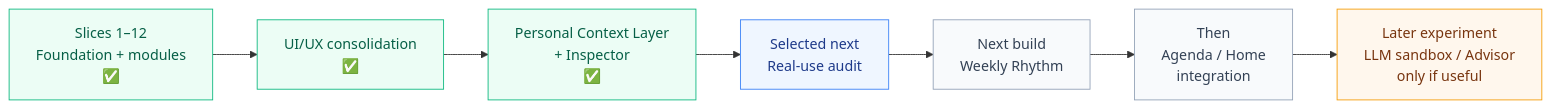
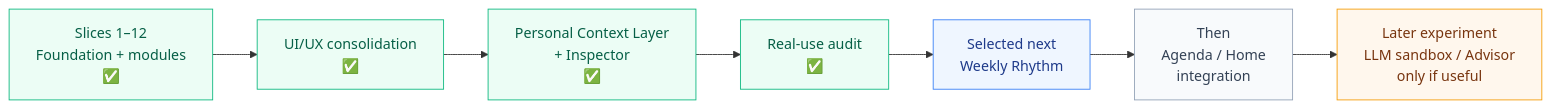
One commit to teravyte18/personal-control-center changed the diagram in docs/roadmap.md. Above: the diagram before and after it, drawn with Mermaid. The commit also changed other lines of this file, not shown here.

Commit message:
Record usage audit and select Weekly Rhythm

````diff
--- a/docs/roadmap.md
+++ b/docs/roadmap.md
@@ -13,21 +15,21 @@
 ```mermaid
 graph LR
     S1["Slices 1–12<br/>Foundation + modules<br/>✅"]
     UX["UI/UX consolidation<br/>✅"]
     CTX["Personal Context Layer<br/>+ Inspector<br/>✅"]
-    AUDIT["Selected next<br/>Real-use audit"]
-    RHY["Next build<br/>Weekly Rhythm"]
+    AUDIT["Real-use audit<br/>✅"]
+    RHY["Selected next<br/>Weekly Rhythm"]
     INT["Then<br/>Agenda / Home<br/>integration"]
     LAB["Later experiment<br/>LLM sandbox / Advisor<br/>only if useful"]
 
     S1 --> UX --> CTX --> AUDIT --> RHY --> INT --> LAB
 
     classDef done fill:#ecfdf5,stroke:#10b981,color:#065f46;
     classDef selected fill:#eff6ff,stroke:#3b82f6,color:#1e3a8a;
     classDef experimental fill:#fff7ed,stroke:#f59e0b,color:#78350f;
     classDef planned fill:#f8fafc,stroke:#94a3b8,color:#334155;
-    class S1,UX,CTX done;
-    class AUDIT selected;
-    class RHY,INT planned;
+    class S1,UX,CTX,AUDIT done;
+    class RHY selected;
+    class INT planned;
     class LAB experimental;
 ```
````
